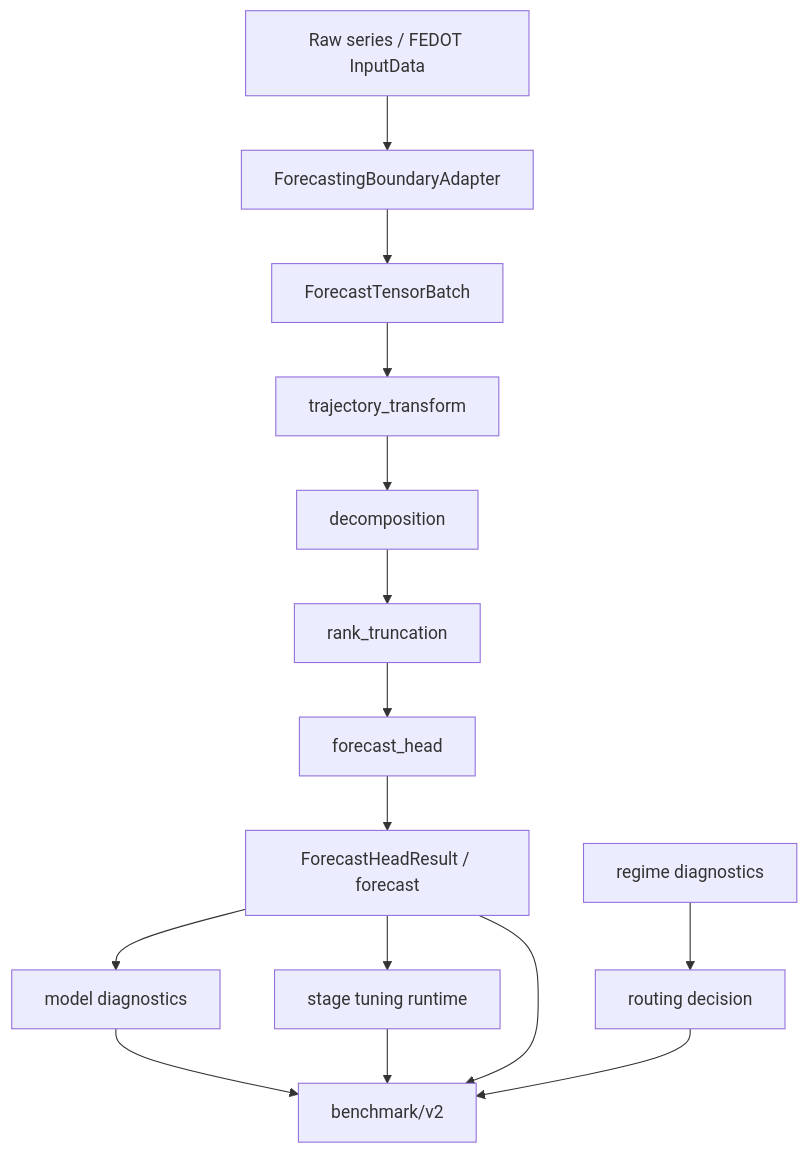
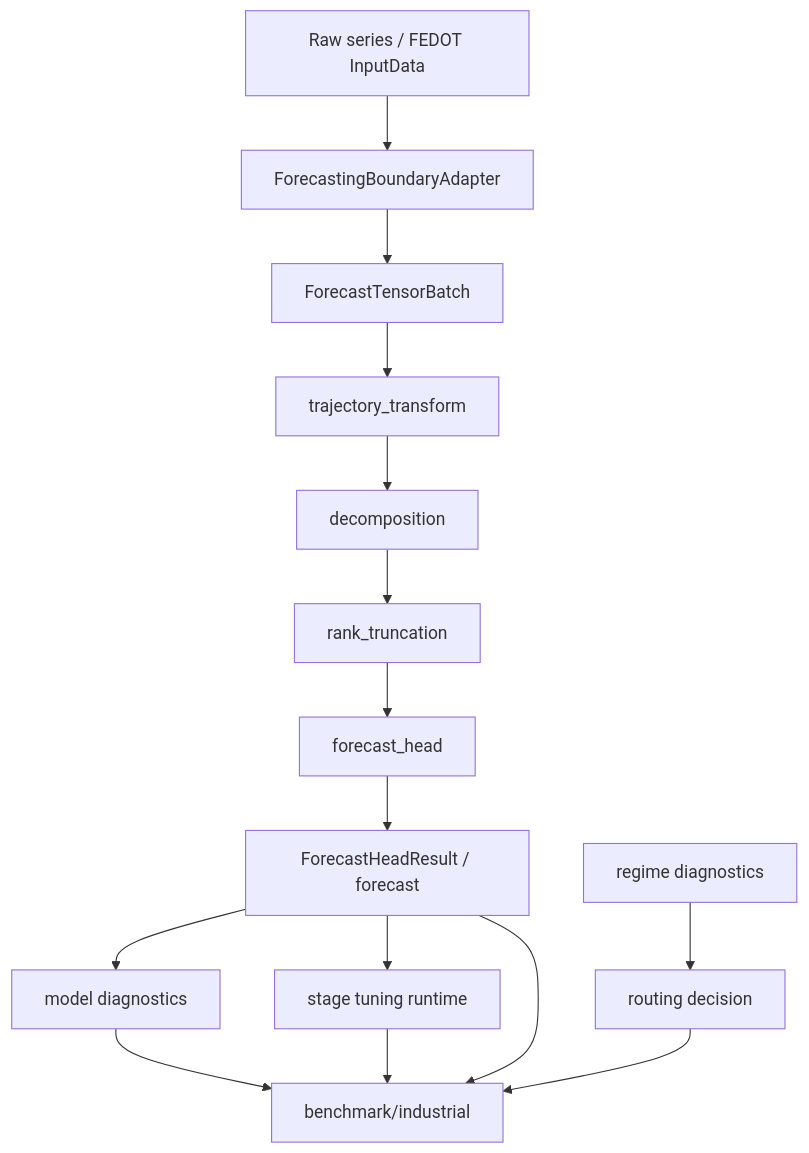
Before and after one commit to aimclub/Fedot.Industrial: the first of 15 diagrams in docs/release_summary/forecasting_prerelease_270426/2.Концептуальная схема разработанной архитектуры модулья прогнозирования.md, drawn with Mermaid. The commit also changed other lines of this file and 46 other files, not shown here.

````diff
--- a/docs/release_summary/forecasting_prerelease_270426/2.Концептуальная схема разработанной архитектуры модулья прогнозирования.md
+++ b/docs/release_summary/forecasting_prerelease_270426/2.Концептуальная схема разработанной архитектуры модулья прогнозирования.md
@@ -17,20 +17,20 @@
 ```mermaid
 flowchart TD
     A["Raw series / FEDOT InputData"] --> B["ForecastingBoundaryAdapter"]
     B --> C["ForecastTensorBatch"]
 
     C --> D["trajectory_transform"]
     D --> E["decomposition"]
     E --> F["rank_truncation"]
     F --> G["forecast_head"]
 
     G --> H["ForecastHeadResult / forecast"]
     H --> I["model diagnostics"]
     H --> J["stage tuning runtime"]
-    H --> K["benchmark/v2"]
+    H --> K["benchmark/industrial"]
 
     L["regime diagnostics"] --> M["routing decision"]
     M --> K
     I --> K
     J --> K
 ```
````
